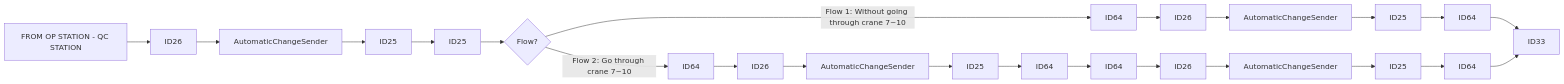
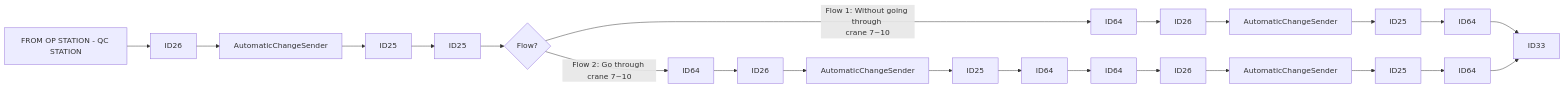
One commit to luthfiadityaa/SimeDarby-Wiki changed the first of 22 diagrams in Basic-Design/DFD-WMS/Storage/Unplanned-Storage/Unplanned-Storage-from-OP-Area.md. Above: the diagram before and after it, drawn with Mermaid.

Commit message:
Updated Unplanned Storage from OP Area

```diff
--- a/Basic-Design/DFD-WMS/Storage/Unplanned-Storage/Unplanned-Storage-from-OP-Area.md
+++ b/Basic-Design/DFD-WMS/Storage/Unplanned-Storage/Unplanned-Storage-from-OP-Area.md
@@ -9,13 +9,14 @@
 ::: mermaid
 flowchart LR
   
 P1[FROM OP STATION - QC STATION]-->P2[ID26]-->P3[AutomaticChangeSender]-->P4[ID25]-->P7[ID25]
 P7[ID25]-->Cond1{Flow?} 
-Cond1 --> |Flow 1: Without going through crane 7~10| P8[ID64]
+Cond1 --> |Flow 1: Without going through 
+crane 7~10| P8[ID64]
 Cond1 --> |Flow 2: Go through crane 7~10| P9[ID64]
 P8[ID64]-->P10[ID26]-->P11[AutomaticChangeSender]-->P12[ID25]-->P13[ID64]
 P9[ID64]-->P15[ID26]-->P16[AutomaticChangeSender]-->P17[ID25]-->P18[ID64]-->P19[ID64]-->P20[ID26]-->P21[AutomaticChangeSender]-->P22[ID25]-->P23[ID64]
 
 P13[ID64]-->P14[ID33]
 P23[ID64]-->P14[ID33]
 :::
```
